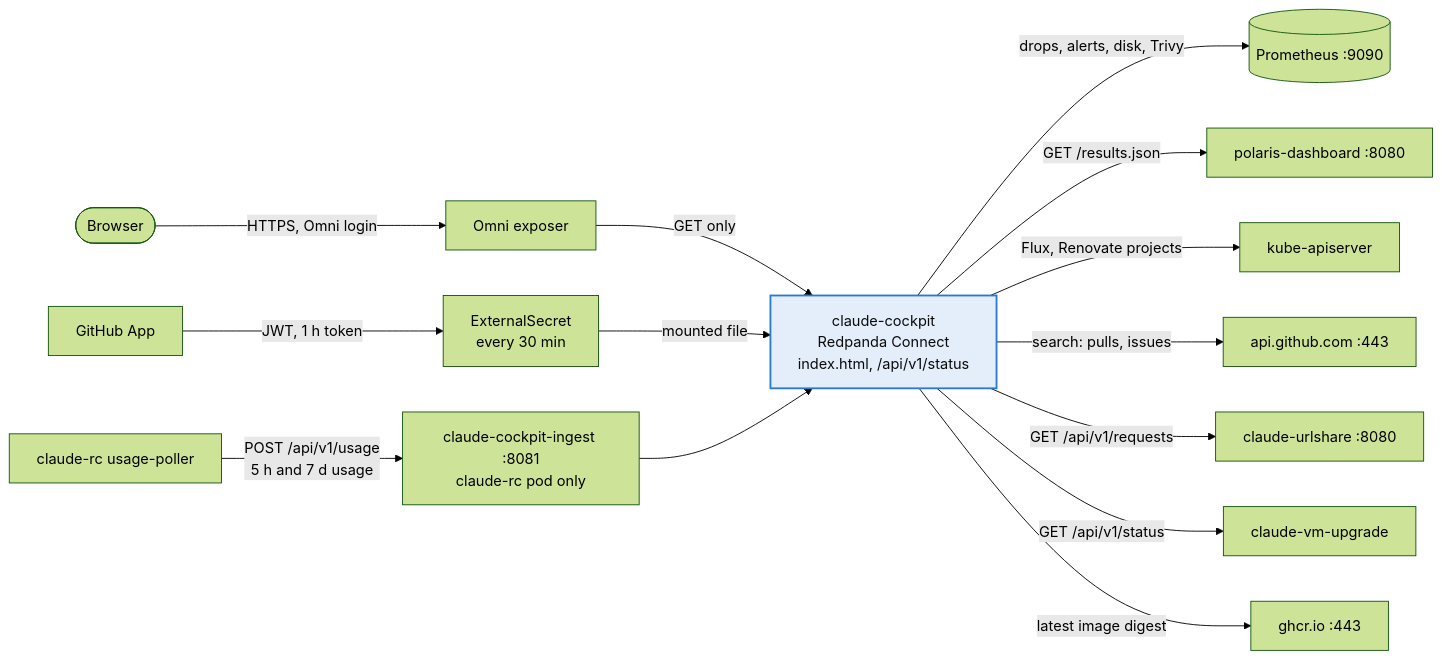
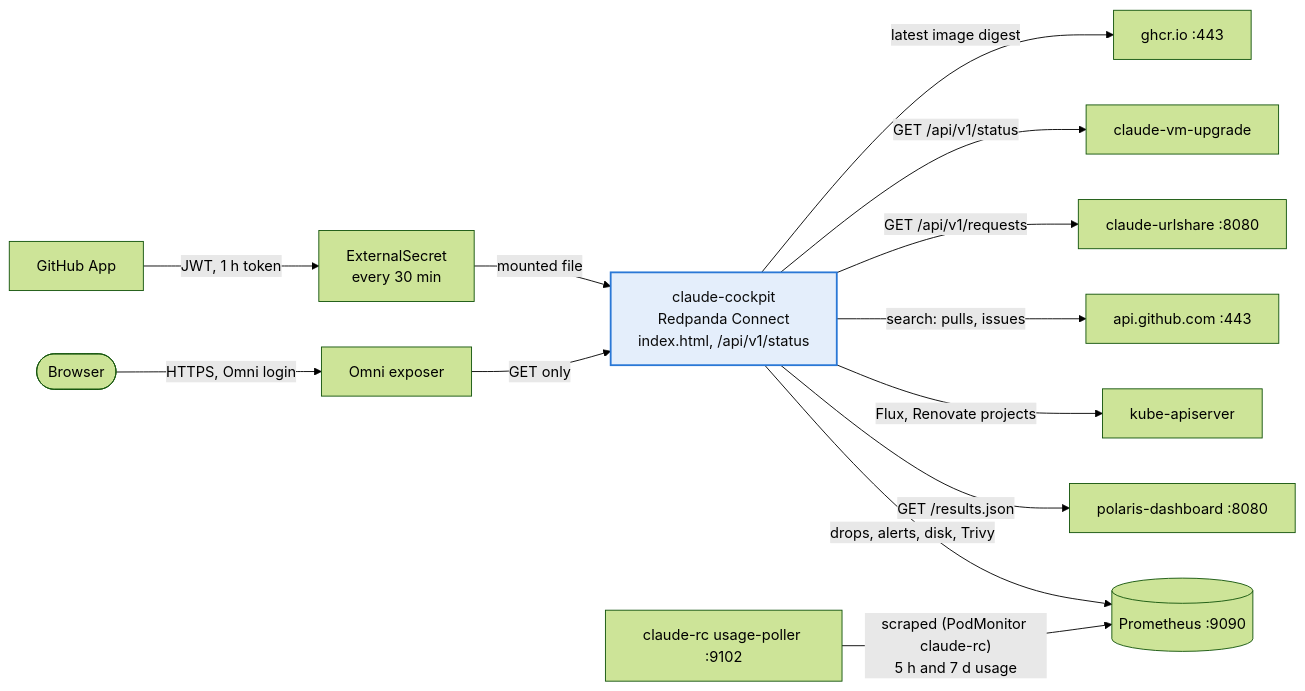
Before and after one commit to cthtrifork/talos-gitops: the third of 3 diagrams in k8s/apps/claude-system/README.md, drawn with Mermaid (forest theme). The commit also changed other lines of this file and 9 other files, not shown here.

First line of the commit message:
feat(claude-system): export the plan usage to Prometheus instead of the cockpit's memory

````diff
--- a/k8s/apps/claude-system/README.md
+++ b/k8s/apps/claude-system/README.md
@@ -398,22 +398,21 @@
 ```mermaid
 flowchart LR
   you([Browser]) -->|HTTPS, Omni login| omni[Omni exposer]
   omni -->|GET only| cockpit["claude-cockpit<br/>Redpanda Connect<br/>index.html, /api/v1/status"]
 
   cockpit -->|"drops, alerts, disk, Trivy"| prom[(Prometheus :9090)]
   cockpit -->|"GET /results.json"| polaris[polaris-dashboard :8080]
   cockpit -->|"Flux, Renovate projects"| api[kube-apiserver]
   cockpit -->|"search: pulls, issues"| gh[api.github.com :443]
 
   app[GitHub App] -->|"JWT, 1 h token"| es[ExternalSecret<br/>every 30 min]
   es -->|"mounted file"| cockpit
 
   cockpit -->|"GET /api/v1/requests"| urlshare[claude-urlshare :8080]
   cockpit -->|"GET /api/v1/status"| vmup[claude-vm-upgrade]
   cockpit -->|"latest image digest"| ghcr[ghcr.io :443]
-  poller["claude-rc usage-poller"] -->|"POST /api/v1/usage<br/>5 h and 7 d usage"| ingest["claude-cockpit-ingest :8081<br/>claude-rc pod only"]
-  ingest --> cockpit
+  poller["claude-rc usage-poller :9102"] -->|"scraped (PodMonitor claude-rc)<br/>5 h and 7 d usage"| prom
 
   classDef new fill:#e4eefb,stroke:#2a78d6,stroke-width:2px,color:#0b0b0b
   class cockpit new
 ```
````
